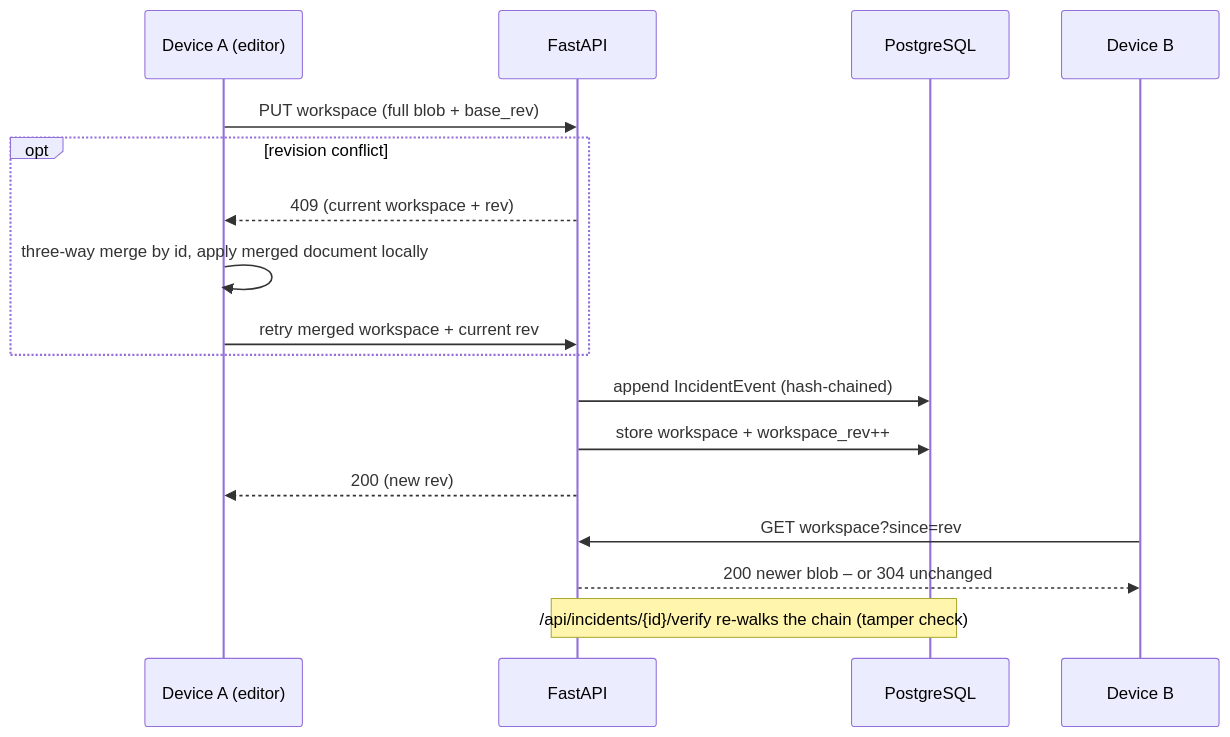
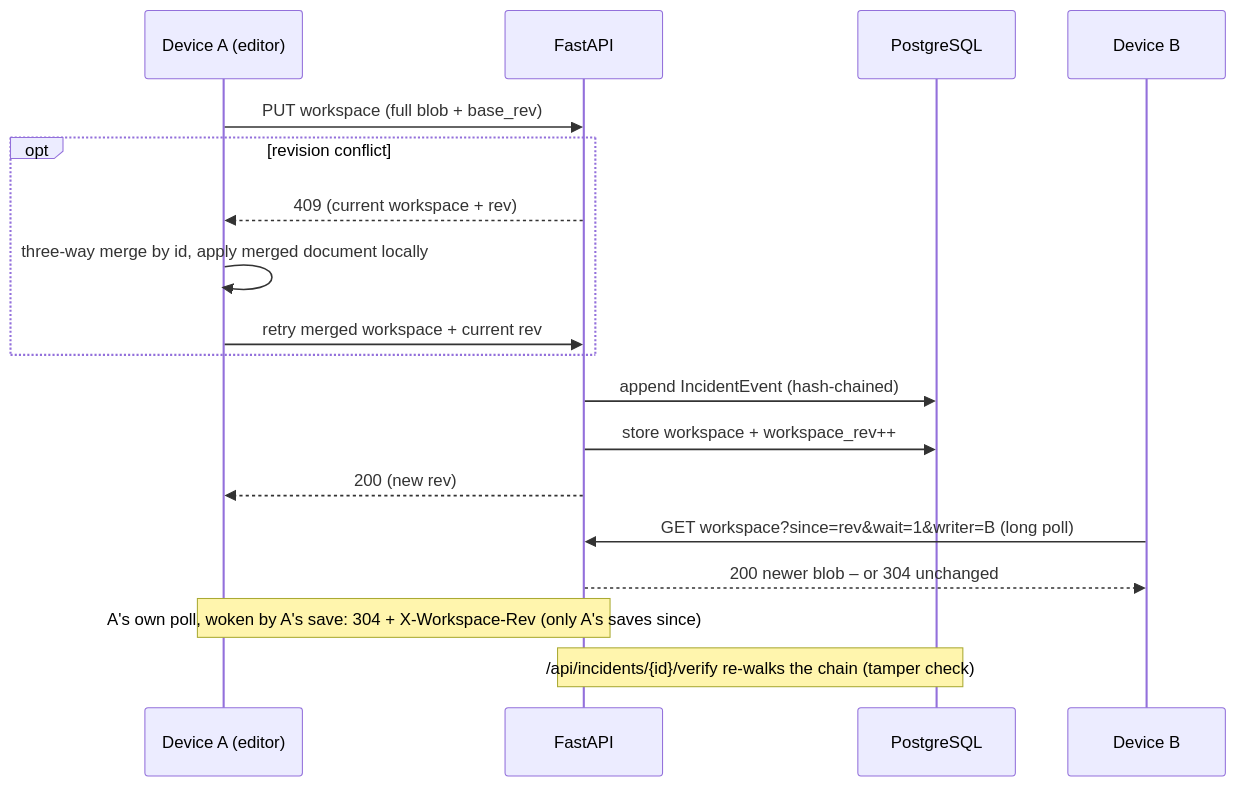
Before and after one commit to feuerwehr-oberwil/kp-front: the fourth of 5 diagrams in docs/ARCHITECTURE.md, drawn with Mermaid. The commit also changed 15 other files, not shown here.

````diff
--- a/docs/ARCHITECTURE.md
+++ b/docs/ARCHITECTURE.md
@@ -318,19 +318,20 @@
 ```mermaid
 sequenceDiagram
   participant A as Device A (editor)
   participant API as FastAPI
   participant DB as PostgreSQL
   participant B as Device B
   A->>API: PUT workspace (full blob + base_rev)
   opt revision conflict
     API-->>A: 409 (current workspace + rev)
     A->>A: three-way merge by id, apply merged document locally
     A->>API: retry merged workspace + current rev
   end
   API->>DB: append IncidentEvent (hash-chained)
   API->>DB: store workspace + workspace_rev++
   API-->>A: 200 (new rev)
-  B->>API: GET workspace?since=rev
+  B->>API: GET workspace?since=rev&wait=1&writer=B (long poll)
   API-->>B: 200 newer blob – or 304 unchanged
+  Note over A,API: A's own poll, woken by A's save: 304 + X-Workspace-Rev (only A's saves since)
   Note over API,DB: /api/incidents/{id}/verify re-walks the chain (tamper check)
 ```
````
